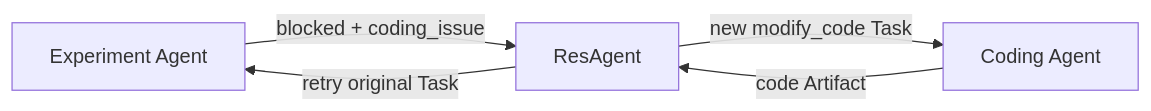
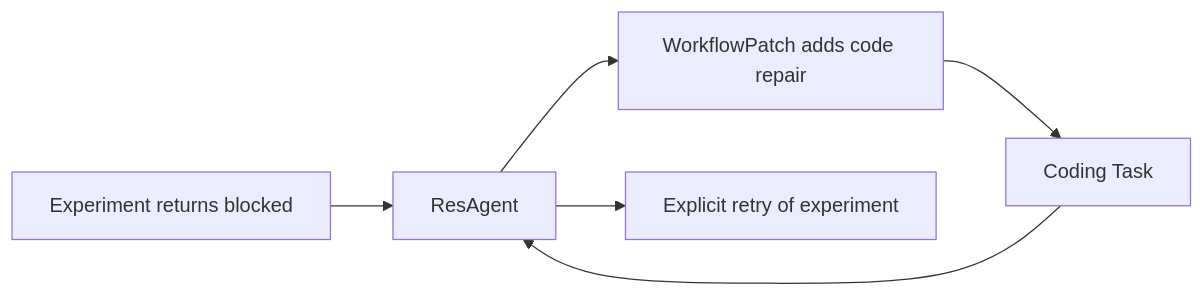
One commit to ylc123456789/ResAgent2 changed the third of 5 diagrams in docs/ARCHITECTURE.md. Above: the diagram before and after it, drawn with Mermaid. The commit also changed other lines of this file and 9 other files, not shown here.

````diff
--- a/docs/ARCHITECTURE.md
+++ b/docs/ARCHITECTURE.md
@@ -392,11 +265,10 @@
 ```mermaid
 flowchart LR
-    Exp[Experiment Agent]
+    Exp[Experiment returns blocked]
     Res[ResAgent]
-    Code[Coding Agent]
+    Patch[WorkflowPatch adds code repair]
+    Code[Coding Task]
+    Retry[Explicit retry of experiment]
 
-    Exp -->|blocked + coding_issue| Res
-    Res -->|new modify_code Task| Code
-    Code -->|code Artifact| Res
-    Res -->|retry original Task| Exp
+    Exp --> Res --> Patch --> Code --> Res --> Retry
 ```
````
